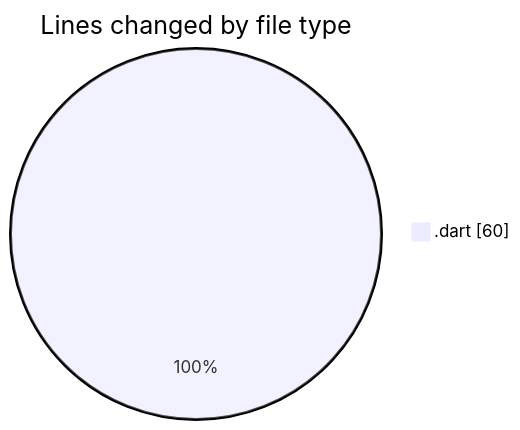
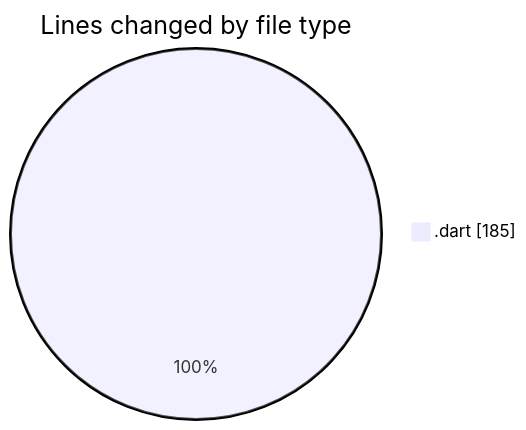
One commit to donsfak/code-tracking changed the first of 2 diagrams in 2025-01-26/trackers_app/README.md. Above: the diagram before and after it, drawn with Mermaid. The commit also changed other lines of this file and 1 other file, not shown here.

````diff
--- a/2025-01-26/trackers_app/README.md
+++ b/2025-01-26/trackers_app/README.md
@@ -20,5 +21,5 @@
 ```mermaid
 pie showData
 title Lines changed by file type
-".dart" : 60
+".dart" : 185
 ```
````
